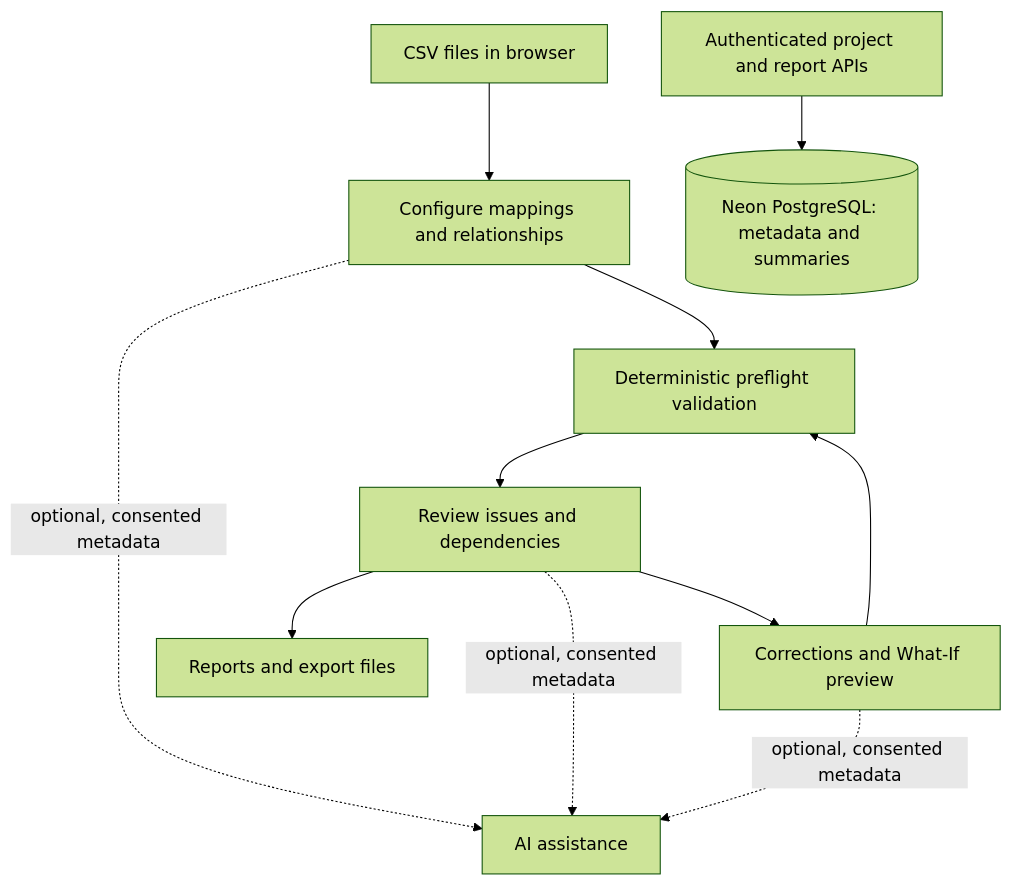
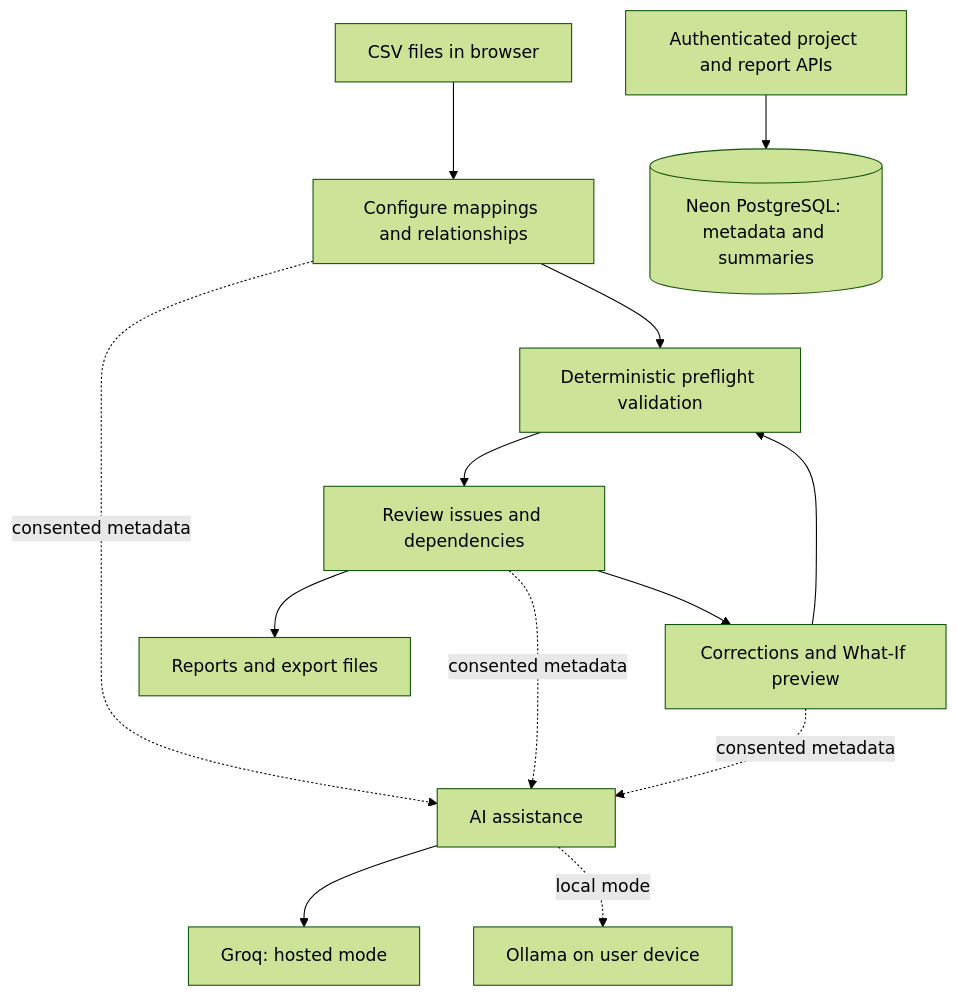
The diagram in README.md (dharamdan01/rowzen-showcase), drawn with Mermaid (forest theme) before and after one commit. The commit also changed other lines of this file and 3 other files, not shown here.

````diff
--- a/README.md
+++ b/README.md
@@ -52,13 +54,15 @@
 ```mermaid
 flowchart TD
     A[CSV files in browser] --> B[Configure mappings and relationships]
     B --> C[Deterministic preflight validation]
     C --> D[Review issues and dependencies]
     D --> E[Corrections and What-If preview]
     E --> C
     D --> F[Reports and export files]
-    B -. optional, consented metadata .-> G[AI assistance]
-    D -. optional, consented metadata .-> G
-    E -. optional, consented metadata .-> G
-    H[Authenticated project and report APIs] --> I[(Neon PostgreSQL: metadata and summaries)]
+    B -. consented metadata .-> G[AI assistance]
+    D -. consented metadata .-> G
+    E -. consented metadata .-> G
+    G --> H[Groq: hosted mode]
+    G -. local mode .-> J[Ollama on user device]
+    K[Authenticated project and report APIs] --> L[(Neon PostgreSQL: metadata and summaries)]
 ```
````
